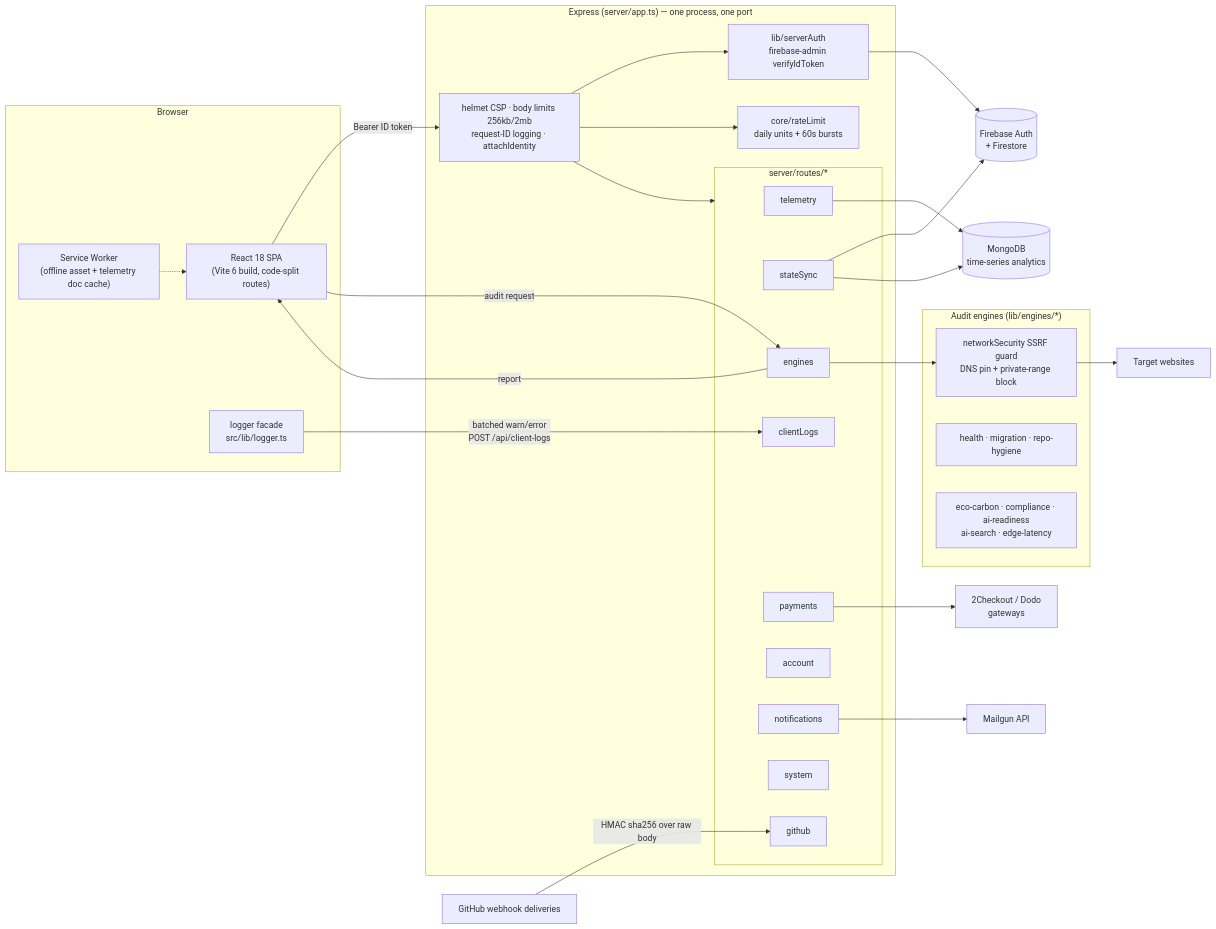
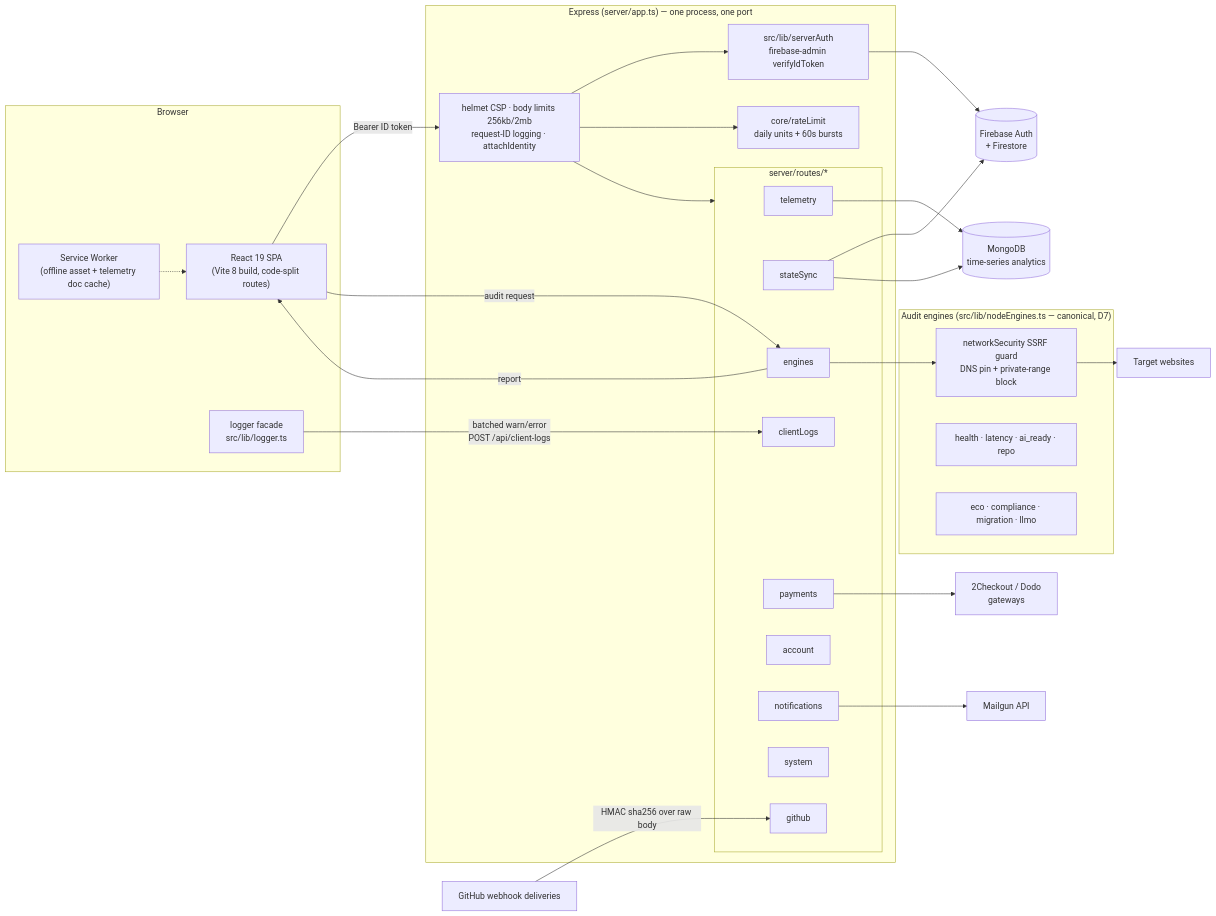
Before and after one commit to myself-aas/CatalystLab: the diagram in docs/ARCHITECTURE.md, drawn with Mermaid. The commit also changed other lines of this file and 11 other files, not shown here.

````diff
--- a/docs/ARCHITECTURE.md
+++ b/docs/ARCHITECTURE.md
@@ -5,53 +5,53 @@
 ```mermaid
 flowchart LR
     subgraph Browser
-        SPA["React 18 SPA<br/>(Vite 6 build, code-split routes)"]
+        SPA["React 19 SPA<br/>(Vite 8 build, code-split routes)"]
         SW["Service Worker<br/>(offline asset + telemetry doc cache)"]
         CL["logger facade<br/>src/lib/logger.ts"]
     end
 
     subgraph Server["Express (server/app.ts) — one process, one port"]
         MW["helmet CSP · body limits 256kb/2mb<br/>request-ID logging · attachIdentity"]
         subgraph Routes["server/routes/*"]
             T["telemetry"]
             SS["stateSync"]
             EN["engines"]
             GH["github"]
             PAY["payments"]
             ACC["account"]
             NOT["notifications"]
             SYS["system"]
             CLS["clientLogs"]
         end
         RL["core/rateLimit<br/>daily units + 60s bursts"]
-        AUTH["lib/serverAuth<br/>firebase-admin verifyIdToken"]
+        AUTH["src/lib/serverAuth<br/>firebase-admin verifyIdToken"]
     end
 
-    subgraph Engines["Audit engines (lib/engines/*)"]
+    subgraph Engines["Audit engines (src/lib/nodeEngines.ts — canonical, D7)"]
         GUARD["networkSecurity SSRF guard<br/>DNS pin + private-range block"]
-        E1["health · migration · repo-hygiene"]
-        E2["eco-carbon · compliance · ai-readiness<br/>ai-search · edge-latency"]
+        E1["health · latency · ai_ready · repo"]
+        E2["eco · compliance · migration · llmo"]
     end
 
     FB[("Firebase Auth<br/>+ Firestore")]
     MG[("MongoDB<br/>time-series analytics")]
     MGUN["Mailgun API"]
     GW["2Checkout / Dodo<br/>gateways"]
     TARGET["Target websites"]
     GHAPI["GitHub webhook deliveries"]
 
     SPA -->|"Bearer ID token"| MW
     MW --> AUTH --> FB
     MW --> RL
     MW --> Routes
     SPA -->|"audit request"| EN --> GUARD --> TARGET
     EN -->|"report"| SPA
     T --> MG
     SS --> FB
     SS --> MG
     PAY --> GW
     GHAPI -->|"HMAC sha256 over raw body"| GH
     NOT --> MGUN
     CL -->|"batched warn/error<br/>POST /api/client-logs"| CLS
     SW -.-> SPA
 ```
````
